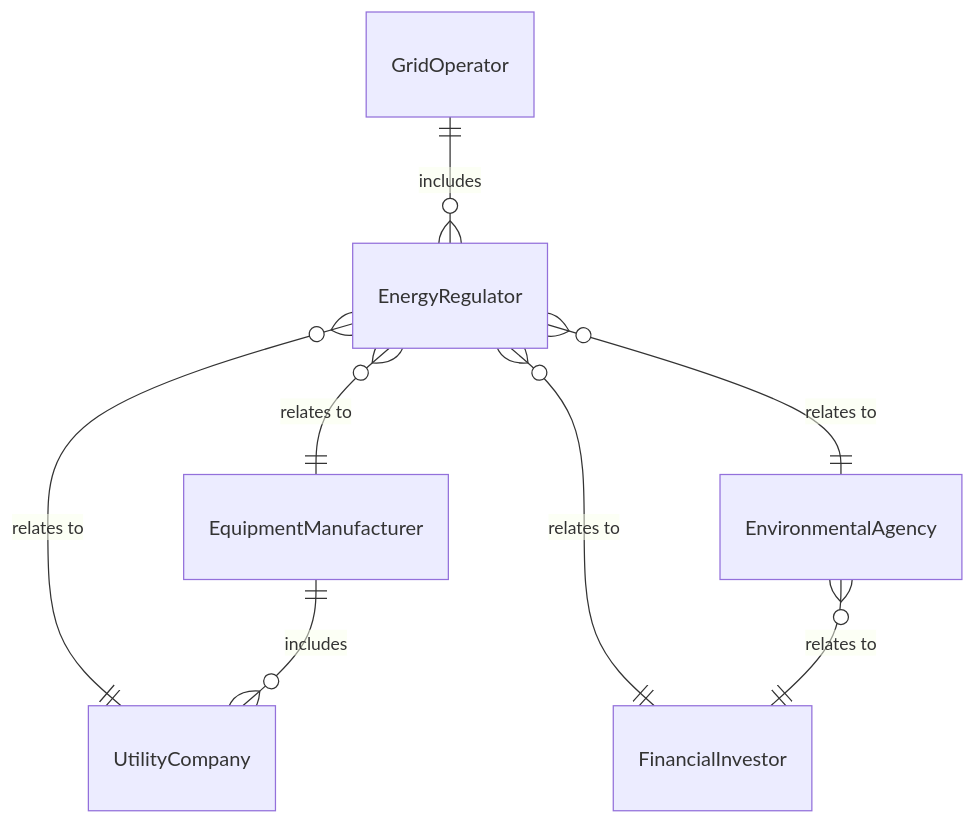
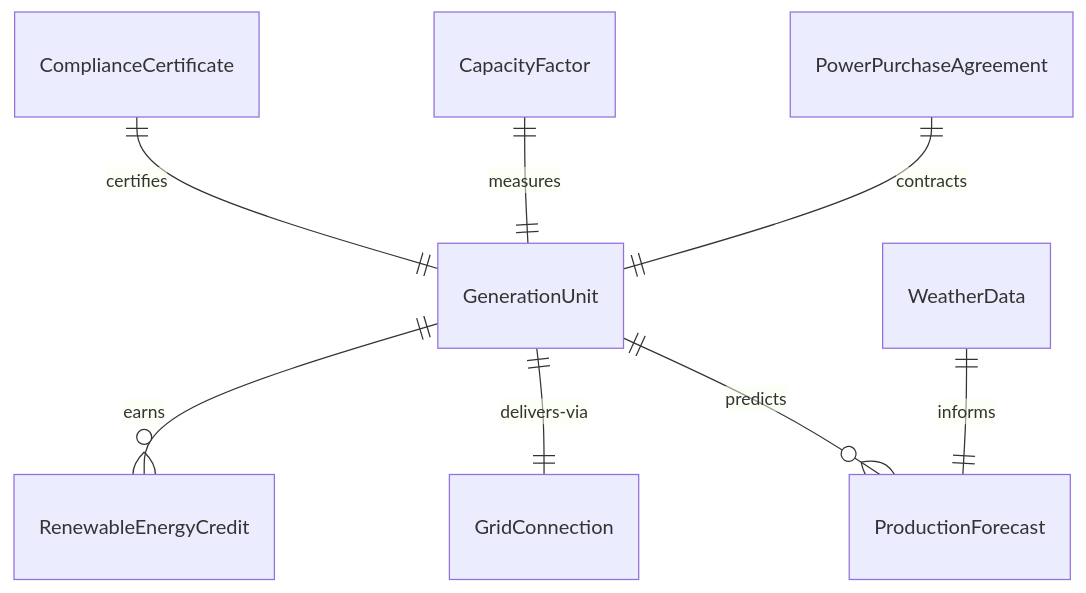
One commit to dot-org-ai/tasks.org.ai changed the first of 4 diagrams in GuidingDirectingAndMotivatingSubordinates/DirectOrganizationalOperationsActivitiesOrProcedures/DirectGreenEnergyProductionOperations.mdx. Above: the diagram before and after it, drawn with Mermaid. The commit also changed other lines of this file and 515 other files, not shown here.

````diff
--- a/GuidingDirectingAndMotivatingSubordinates/DirectOrganizationalOperationsActivitiesOrProcedures/DirectGreenEnergyProductionOperations.mdx
+++ b/GuidingDirectingAndMotivatingSubordinates/DirectOrganizationalOperationsActivitiesOrProcedures/DirectGreenEnergyProductionOperations.mdx
@@ -92,10 +92,10 @@
 ```mermaid
 erDiagram
-    GridOperator ||--o{ EnergyRegulator : includes
-    EnergyRegulator }o--|| EquipmentManufacturer : "relates to"
-    EnergyRegulator }o--|| UtilityCompany : "relates to"
-    EnergyRegulator }o--|| EnvironmentalAgency : "relates to"
-    EnergyRegulator }o--|| FinancialInvestor : "relates to"
-    EquipmentManufacturer ||--o{ UtilityCompany : includes
-    EnvironmentalAgency }o--|| FinancialInvestor : "relates to"
+    GenerationUnit ||--o{ ProductionForecast : "predicts"
+    GenerationUnit ||--|| GridConnection : "delivers-via"
+    PowerPurchaseAgreement ||--|| GenerationUnit : "contracts"
+    GenerationUnit ||--o{ RenewableEnergyCredit : "earns"
+    WeatherData ||--|| ProductionForecast : "informs"
+    CapacityFactor ||--|| GenerationUnit : "measures"
+    ComplianceCertificate ||--|| GenerationUnit : "certifies"
 ```
````
